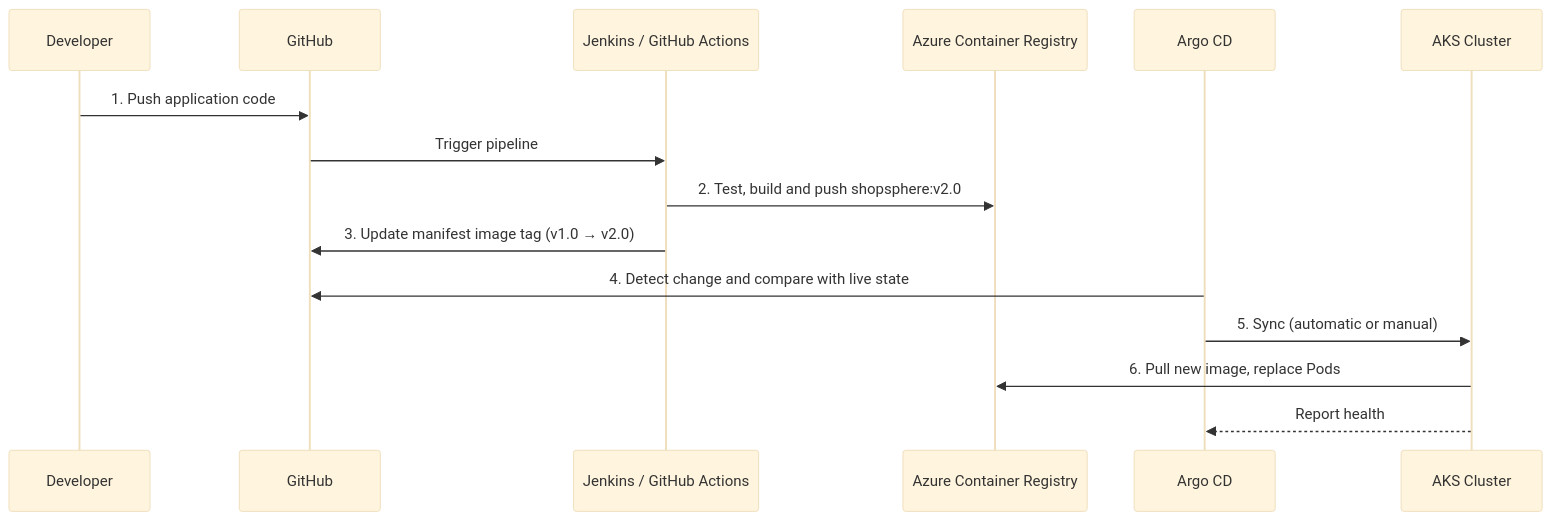
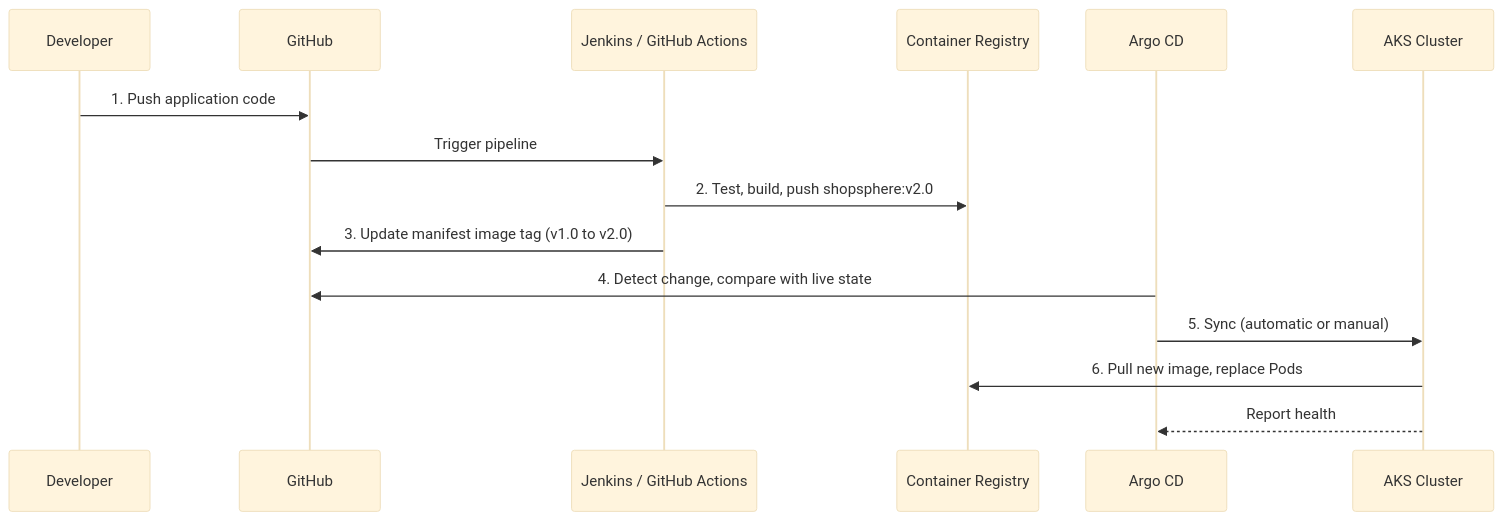
Before and after one commit to Cloud-Tamil/DevOps-Tools-Learning-Platform: the second of 2 diagrams in ArgoCD/README.md, drawn with Mermaid (base theme). The commit also changed other lines of this file, not shown here.

````diff
--- a/ArgoCD/README.md
+++ b/ArgoCD/README.md
@@ -171,18 +102,18 @@
 ```mermaid
 sequenceDiagram
     participant Dev as Developer
     participant Git as GitHub
     participant CI as Jenkins / GitHub Actions
-    participant ACR as Azure Container Registry
+    participant ACR as Container Registry
     participant Argo as Argo CD
     participant K8s as AKS Cluster
 
     Dev->>Git: 1. Push application code
     Git->>CI: Trigger pipeline
-    CI->>ACR: 2. Test, build and push shopsphere:v2.0
-    CI->>Git: 3. Update manifest image tag (v1.0 → v2.0)
-    Argo->>Git: 4. Detect change and compare with live state
+    CI->>ACR: 2. Test, build, push shopsphere:v2.0
+    CI->>Git: 3. Update manifest image tag (v1.0 to v2.0)
+    Argo->>Git: 4. Detect change, compare with live state
     Argo->>K8s: 5. Sync (automatic or manual)
     K8s->>ACR: 6. Pull new image, replace Pods
     K8s-->>Argo: Report health
 ```
````
